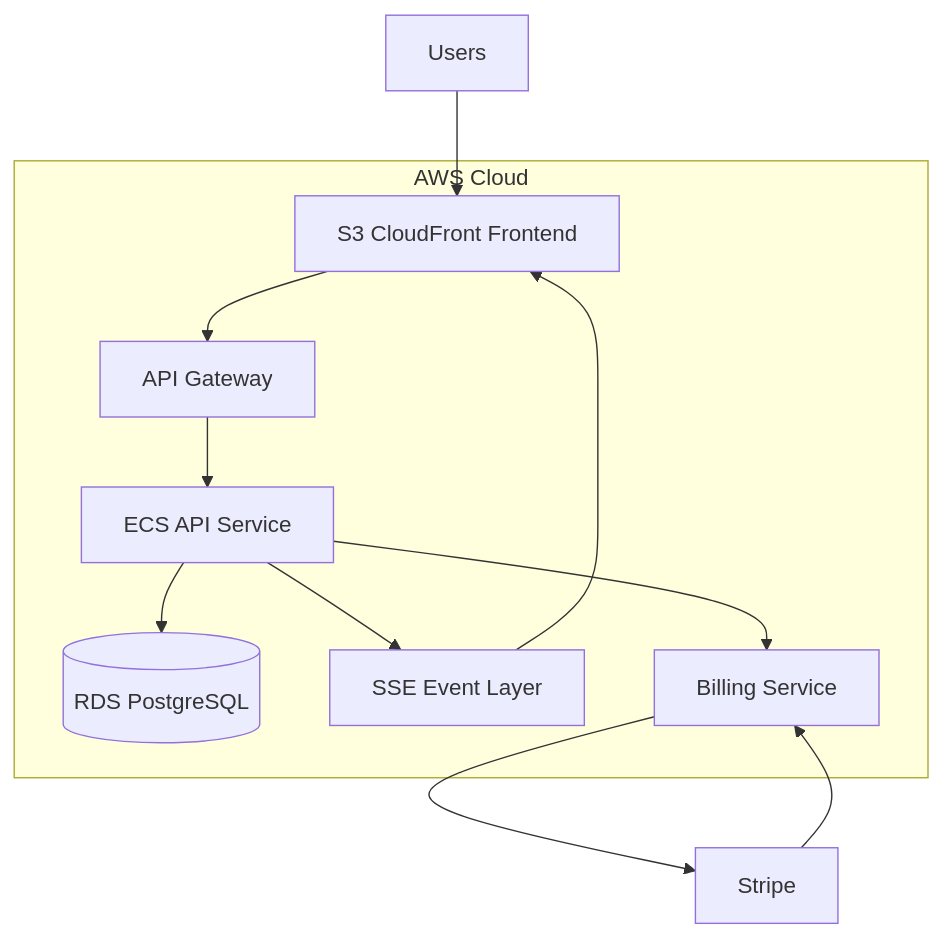
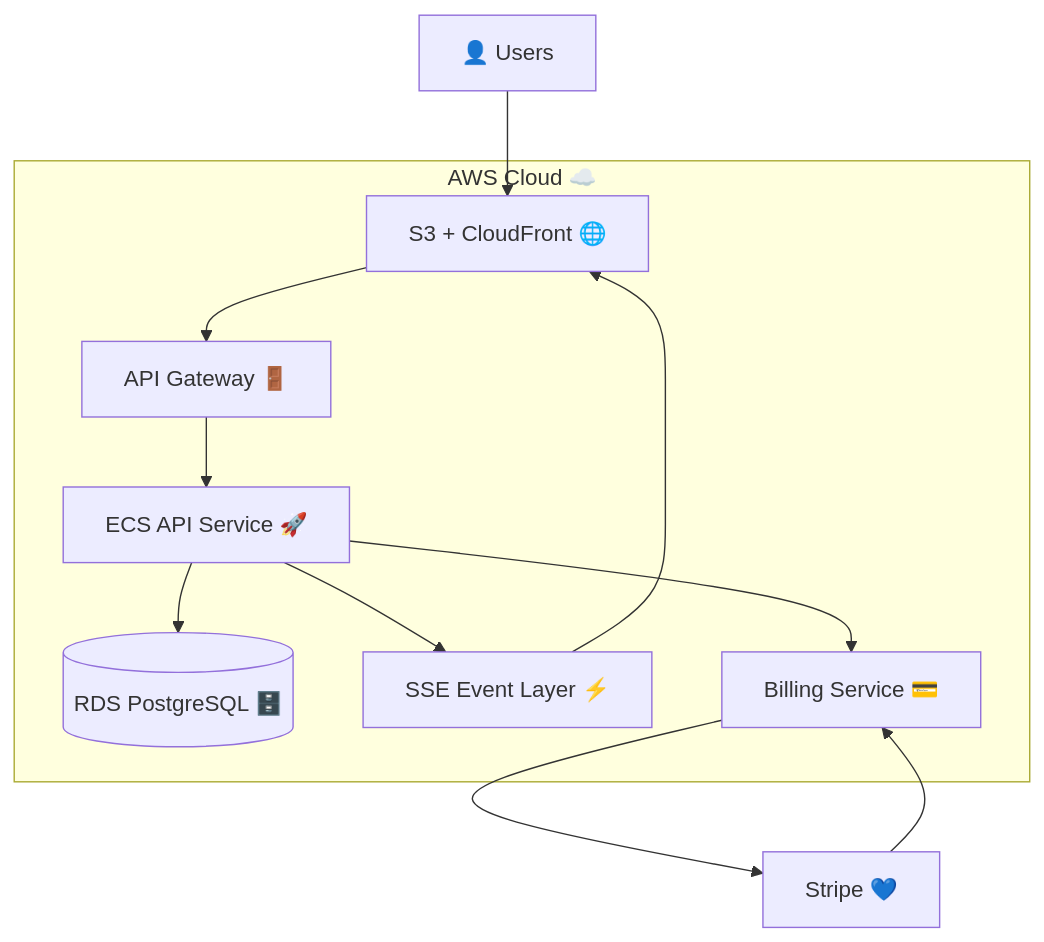
One commit to miangelisse-ux/kairoslive changed the first of 4 diagrams in architecture.md. Above: the diagram before and after it, drawn with Mermaid. The commit also changed other lines of this file, not shown here.

````diff
--- a/architecture.md
+++ b/architecture.md
@@ -15,31 +18,31 @@
 ```mermaid
 flowchart TB
 
-Users[Users]
+Users[👤 Users]
 
-subgraph AWS[AWS Cloud]
+subgraph AWS[AWS Cloud ☁️]
 
-Frontend[S3 CloudFront Frontend]
-API[API Gateway]
-Backend[ECS API Service]
-DB[(RDS PostgreSQL)]
-Events[SSE Event Layer]
-Billing[Billing Service]
+Frontend[S3 + CloudFront 🌐]
+API[API Gateway 🚪]
+Backend[ECS API Service 🚀]
+DB[(RDS PostgreSQL 🗄️)]
+Events[SSE Event Layer ⚡]
+Billing[Billing Service 💳]
 
 end
 
-Stripe[Stripe]
+Stripe[Stripe 💙]
 
 Users --> Frontend
 Frontend --> API
 API --> Backend
 
 Backend --> DB
 Backend --> Events
 Backend --> Billing
 
 Billing --> Stripe
 Stripe --> Billing
 
 Events --> Frontend
 ```
````
